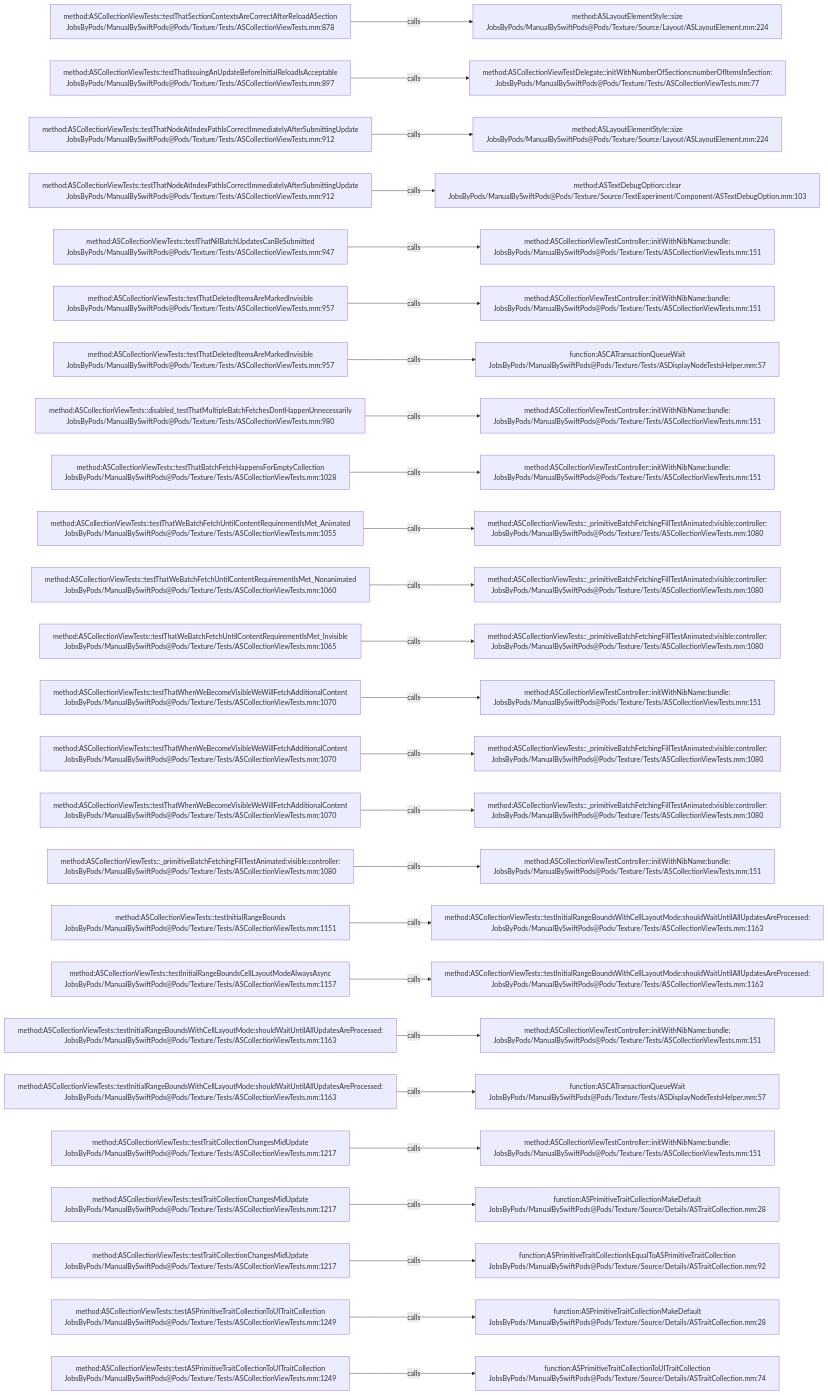
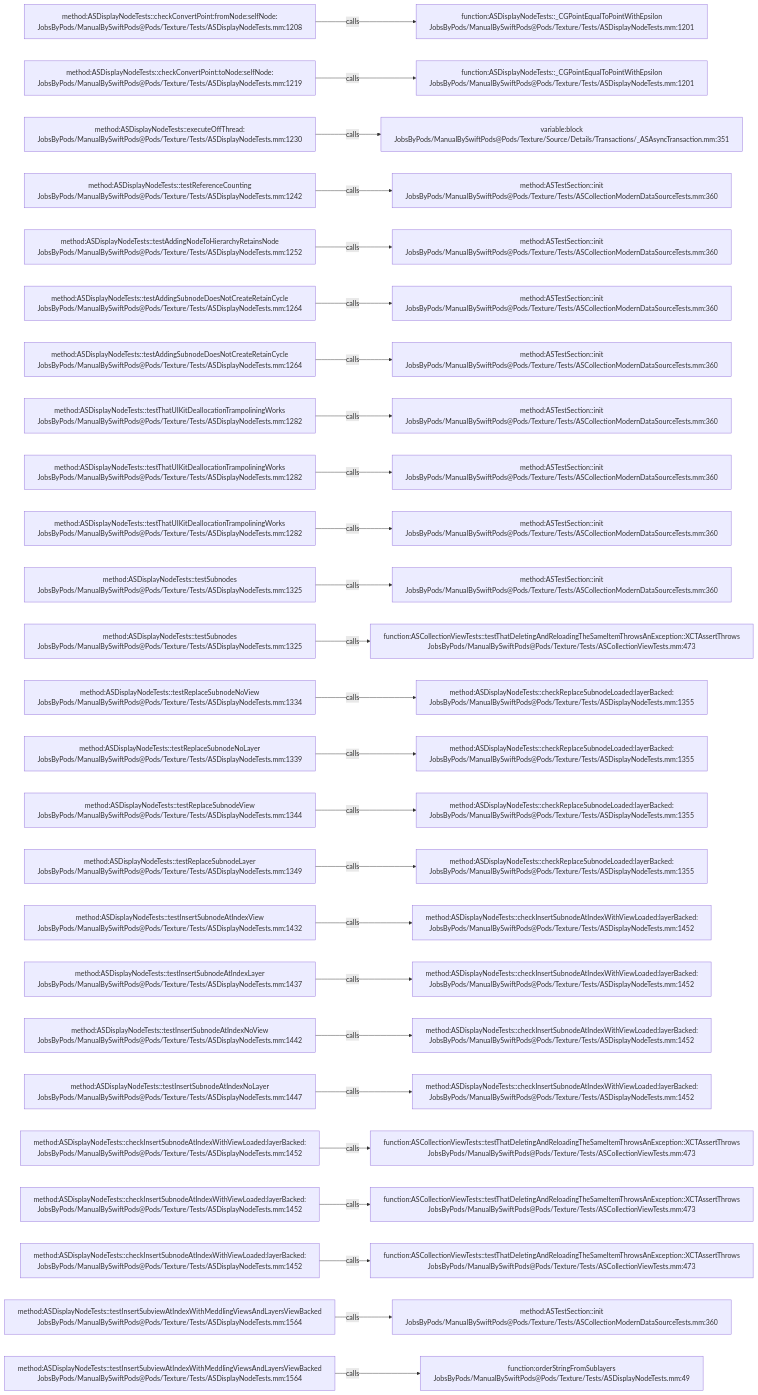
Before and after one commit to JobsKits/JobsSwiftBaseConfigDemo: the diagram in .codegraph/codegraph.md/graphs/calls-192.md, drawn with Mermaid. The commit also changed 832 other files, not shown here.

````diff
--- a/.codegraph/codegraph.md/graphs/calls-192.md
+++ b/.codegraph/codegraph.md/graphs/calls-192.md
@@ -13,78 +13,78 @@
 ```mermaid
 flowchart LR
-  S1["method:ASCollectionViewTests::testThatSectionContextsAreCorrectAfterReloadASection<br/>JobsByPods/ManualBySwiftPods@Pods/Texture/Tests/ASCollectionViewTests.mm:878"]
-  T1["method:ASLayoutElementStyle::size<br/>JobsByPods/ManualBySwiftPods@Pods/Texture/Source/Layout/ASLayoutElement.mm:224"]
+  S1["method:ASDisplayNodeTests::checkConvertPoint:fromNode:selfNode:<br/>JobsByPods/ManualBySwiftPods@Pods/Texture/Tests/ASDisplayNodeTests.mm:1208"]
+  T1["function:ASDisplayNodeTests::_CGPointEqualToPointWithEpsilon<br/>JobsByPods/ManualBySwiftPods@Pods/Texture/Tests/ASDisplayNodeTests.mm:1201"]
   S1 -->|calls| T1
-  S2["method:ASCollectionViewTests::testThatIssuingAnUpdateBeforeInitialReloadIsAcceptable<br/>JobsByPods/ManualBySwiftPods@Pods/Texture/Tests/ASCollectionViewTests.mm:897"]
-  T2["method:ASCollectionViewTestDelegate::initWithNumberOfSections:numberOfItemsInSection:<br/>JobsByPods/ManualBySwiftPods@Pods/Texture/Tests/ASCollectionViewTests.mm:77"]
+  S2["method:ASDisplayNodeTests::checkConvertPoint:toNode:selfNode:<br/>JobsByPods/ManualBySwiftPods@Pods/Texture/Tests/ASDisplayNodeTests.mm:1219"]
+  T2["function:ASDisplayNodeTests::_CGPointEqualToPointWithEpsilon<br/>JobsByPods/ManualBySwiftPods@Pods/Texture/Tests/ASDisplayNodeTests.mm:1201"]
   S2 -->|calls| T2
-  S3["method:ASCollectionViewTests::testThatNodeAtIndexPathIsCorrectImmediatelyAfterSubmittingUpdate<br/>JobsByPods/ManualBySwiftPods@Pods/Texture/Tests/ASCollectionViewTests.mm:912"]
-  T3["method:ASLayoutElementStyle::size<br/>JobsByPods/ManualBySwiftPods@Pods/Texture/Source/Layout/ASLayoutElement.mm:224"]
+  S3["method:ASDisplayNodeTests::executeOffThread:<br/>JobsByPods/ManualBySwiftPods@Pods/Texture/Tests/ASDisplayNodeTests.mm:1230"]
+  T3["variable:block<br/>JobsByPods/ManualBySwiftPods@Pods/Texture/Source/Details/Transactions/_ASAsyncTransaction.mm:351"]
   S3 -->|calls| T3
-  S4["method:ASCollectionViewTests::testThatNodeAtIndexPathIsCorrectImmediatelyAfterSubmittingUpdate<br/>JobsByPods/ManualBySwiftPods@Pods/Texture/Tests/ASCollectionViewTests.mm:912"]
-  T4["method:ASTextDebugOption::clear<br/>JobsByPods/ManualBySwiftPods@Pods/Texture/Source/TextExperiment/Component/ASTextDebugOption.mm:103"]
+  S4["method:ASDisplayNodeTests::testReferenceCounting<br/>JobsByPods/ManualBySwiftPods@Pods/Texture/Tests/ASDisplayNodeTests.mm:1242"]
+  T4["method:ASTestSection::init<br/>JobsByPods/ManualBySwiftPods@Pods/Texture/Tests/ASCollectionModernDataSourceTests.mm:360"]
   S4 -->|calls| T4
-  S5["method:ASCollectionViewTests::testThatNilBatchUpdatesCanBeSubmitted<br/>JobsByPods/ManualBySwiftPods@Pods/Texture/Tests/ASCollectionViewTests.mm:947"]
-  T5["method:ASCollectionViewTestController::initWithNibName:bundle:<br/>JobsByPods/ManualBySwiftPods@Pods/Texture/Tests/ASCollectionViewTests.mm:151"]
+  S5["method:ASDisplayNodeTests::testAddingNodeToHierarchyRetainsNode<br/>JobsByPods/ManualBySwiftPods@Pods/Texture/Tests/ASDisplayNodeTests.mm:1252"]
+  T5["method:ASTestSection::init<br/>JobsByPods/ManualBySwiftPods@Pods/Texture/Tests/ASCollectionModernDataSourceTests.mm:360"]
   S5 -->|calls| T5
-  S6["method:ASCollectionViewTests::testThatDeletedItemsAreMarkedInvisible<br/>JobsByPods/ManualBySwiftPods@Pods/Texture/Tests/ASCollectionViewTests.mm:957"]
-  T6["method:ASCollectionViewTestController::initWithNibName:bundle:<br/>JobsByPods/ManualBySwiftPods@Pods/Texture/Tests/ASCollectionViewTests.mm:151"]
+  S6["method:ASDisplayNodeTests::testAddingSubnodeDoesNotCreateRetainCycle<br/>JobsByPods/ManualBySwiftPods@Pods/Texture/Tests/ASDisplayNodeTests.mm:1264"]
+  T6["method:ASTestSection::init<br/>JobsByPods/ManualBySwiftPods@Pods/Texture/Tests/ASCollectionModernDataSourceTests.mm:360"]
   S6 -->|calls| T6
-  S7["method:ASCollectionViewTests::testThatDeletedItemsAreMarkedInvisible<br/>JobsByPods/ManualBySwiftPods@Pods/Texture/Tests/ASCollectionViewTests.mm:957"]
-  T7["function:ASCATransactionQueueWait<br/>JobsByPods/ManualBySwiftPods@Pods/Texture/Tests/ASDisplayNodeTestsHelper.mm:57"]
+  S7["method:ASDisplayNodeTests::testAddingSubnodeDoesNotCreateRetainCycle<br/>JobsByPods/ManualBySwiftPods@Pods/Texture/Tests/ASDisplayNodeTests.mm:1264"]
+  T7["method:ASTestSection::init<br/>JobsByPods/ManualBySwiftPods@Pods/Texture/Tests/ASCollectionModernDataSourceTests.mm:360"]
   S7 -->|calls| T7
-  S8["method:ASCollectionViewTests::disabled_testThatMultipleBatchFetchesDontHappenUnnecessarily<br/>JobsByPods/ManualBySwiftPods@Pods/Texture/Tests/ASCollectionViewTests.mm:980"]
-  T8["method:ASCollectionViewTestController::initWithNibName:bundle:<br/>JobsByPods/ManualBySwiftPods@Pods/Texture/Tests/ASCollectionViewTests.mm:151"]
+  S8["method:ASDisplayNodeTests::testThatUIKitDeallocationTrampoliningWorks<br/>JobsByPods/ManualBySwiftPods@Pods/Texture/Tests/ASDisplayNodeTests.mm:1282"]
+  T8["method:ASTestSection::init<br/>JobsByPods/ManualBySwiftPods@Pods/Texture/Tests/ASCollectionModernDataSourceTests.mm:360"]
   S8 -->|calls| T8
-  S9["method:ASCollectionViewTests::testThatBatchFetchHappensForEmptyCollection<br/>JobsByPods/ManualBySwiftPods@Pods/Texture/Tests/ASCollectionViewTests.mm:1028"]
-  T9["method:ASCollectionViewTestController::initWithNibName:bundle:<br/>JobsByPods/ManualBySwiftPods@Pods/Texture/Tests/ASCollectionViewTests.mm:151"]
+  S9["method:ASDisplayNodeTests::testThatUIKitDeallocationTrampoliningWorks<br/>JobsByPods/ManualBySwiftPods@Pods/Texture/Tests/ASDisplayNodeTests.mm:1282"]
+  T9["method:ASTestSection::init<br/>JobsByPods/ManualBySwiftPods@Pods/Texture/Tests/ASCollectionModernDataSourceTests.mm:360"]
   S9 -->|calls| T9
-  S10["method:ASCollectionViewTests::testThatWeBatchFetchUntilContentRequirementIsMet_Animated<br/>JobsByPods/ManualBySwiftPods@Pods/Texture/Tests/ASCollectionViewTests.mm:1055"]
-  T10["method:ASCollectionViewTests::_primitiveBatchFetchingFillTestAnimated:visible:controller:<br/>JobsByPods/ManualBySwiftPods@Pods/Texture/Tests/ASCollectionViewTests.mm:1080"]
+  S10["method:ASDisplayNodeTests::testThatUIKitDeallocationTrampoliningWorks<br/>JobsByPods/ManualBySwiftPods@Pods/Texture/Tests/ASDisplayNodeTests.mm:1282"]
+  T10["method:ASTestSection::init<br/>JobsByPods/ManualBySwiftPods@Pods/Texture/Tests/ASCollectionModernDataSourceTests.mm:360"]
   S10 -->|calls| T10
-  S11["method:ASCollectionViewTests::testThatWeBatchFetchUntilContentRequirementIsMet_Nonanimated<br/>JobsByPods/ManualBySwiftPods@Pods/Texture/Tests/ASCollectionViewTests.mm:1060"]
-  T11["method:ASCollectionViewTests::_primitiveBatchFetchingFillTestAnimated:visible:controller:<br/>JobsByPods/ManualBySwiftPods@Pods/Texture/Tests/ASCollectionViewTests.mm:1080"]
+  S11["method:ASDisplayNodeTests::testSubnodes<br/>JobsByPods/ManualBySwiftPods@Pods/Texture/Tests/ASDisplayNodeTests.mm:1325"]
+  T11["method:ASTestSection::init<br/>JobsByPods/ManualBySwiftPods@Pods/Texture/Tests/ASCollectionModernDataSourceTests.mm:360"]
   S11 -->|calls| T11
-  S12["method:ASCollectionViewTests::testThatWeBatchFetchUntilContentRequirementIsMet_Invisible<br/>JobsByPods/ManualBySwiftPods@Pods/Texture/Tests/ASCollectionViewTests.mm:1065"]
-  T12["method:ASCollectionViewTests::_primitiveBatchFetchingFillTestAnimated:visible:controller:<br/>JobsByPods/ManualBySwiftPods@Pods/Texture/Tests/ASCollectionViewTests.mm:1080"]
+  S12["method:ASDisplayNodeTests::testSubnodes<br/>JobsByPods/ManualBySwiftPods@Pods/Texture/Tests/ASDisplayNodeTests.mm:1325"]
+  T12["function:ASCollectionViewTests::testThatDeletingAndReloadingTheSameItemThrowsAnException::XCTAssertThrows<br/>JobsByPods/ManualBySwiftPods@Pods/Texture/Tests/ASCollectionViewTests.mm:473"]
   S12 -->|calls| T12
-  S13["method:ASCollectionViewTests::testThatWhenWeBecomeVisibleWeWillFetchAdditionalContent<br/>JobsByPods/ManualBySwiftPods@Pods/Texture/Tests/ASCollectionViewTests.mm:1070"]
-  T13["method:ASCollectionViewTestController::initWithNibName:bundle:<br/>JobsByPods/ManualBySwiftPods@Pods/Texture/Tests/ASCollectionViewTests.mm:151"]
+  S13["method:ASDisplayNodeTests::testReplaceSubnodeNoView<br/>JobsByPods/ManualBySwiftPods@Pods/Texture/Tests/ASDisplayNodeTests.mm:1334"]
+  T13["method:ASDisplayNodeTests::checkReplaceSubnodeLoaded:layerBacked:<br/>JobsByPods/ManualBySwiftPods@Pods/Texture/Tests/ASDisplayNodeTests.mm:1355"]
   S13 -->|calls| T13
-  S14["method:ASCollectionViewTests::testThatWhenWeBecomeVisibleWeWillFetchAdditionalContent<br/>JobsByPods/ManualBySwiftPods@Pods/Texture/Tests/ASCollectionViewTests.mm:1070"]
-  T14["method:ASCollectionViewTests::_primitiveBatchFetchingFillTestAnimated:visible:controller:<br/>JobsByPods/ManualBySwiftPods@Pods/Texture/Tests/ASCollectionViewTests.mm:1080"]
+  S14["method:ASDisplayNodeTests::testReplaceSubnodeNoLayer<br/>JobsByPods/ManualBySwiftPods@Pods/Texture/Tests/ASDisplayNodeTests.mm:1339"]
+  T14["method:ASDisplayNodeTests::checkReplaceSubnodeLoaded:layerBacked:<br/>JobsByPods/ManualBySwiftPods@Pods/Texture/Tests/ASDisplayNodeTests.mm:1355"]
   S14 -->|calls| T14
-  S15["method:ASCollectionViewTests::testThatWhenWeBecomeVisibleWeWillFetchAdditionalContent<br/>JobsByPods/ManualBySwiftPods@Pods/Texture/Tests/ASCollectionViewTests.mm:1070"]
-  T15["method:ASCollectionViewTests::_primitiveBatchFetchingFillTestAnimated:visible:controller:<br/>JobsByPods/ManualBySwiftPods@Pods/Texture/Tests/ASCollectionViewTests.mm:1080"]
+  S15["method:ASDisplayNodeTests::testReplaceSubnodeView<br/>JobsByPods/ManualBySwiftPods@Pods/Texture/Tests/ASDisplayNodeTests.mm:1344"]
+  T15["method:ASDisplayNodeTests::checkReplaceSubnodeLoaded:layerBacked:<br/>JobsByPods/ManualBySwiftPods@Pods/Texture/Tests/ASDisplayNodeTests.mm:1355"]
   S15 -->|calls| T15
-  S16["method:ASCollectionViewTests::_primitiveBatchFetchingFillTestAnimated:visible:controller:<br/>JobsByPods/ManualBySwiftPods@Pods/Texture/Tests/ASCollectionViewTests.mm:1080"]
-  T16["method:ASCollectionViewTestController::initWithNibName:bundle:<br/>JobsByPods/ManualBySwiftPods@Pods/Texture/Tests/ASCollectionViewTests.mm:151"]
+  S16["method:ASDisplayNodeTests::testReplaceSubnodeLayer<br/>JobsByPods/ManualBySwiftPods@Pods/Texture/Tests/ASDisplayNodeTests.mm:1349"]
+  T16["method:ASDisplayNodeTests::checkReplaceSubnodeLoaded:layerBacked:<br/>JobsByPods/ManualBySwiftPods@Pods/Texture/Tests/ASDisplayNodeTests.mm:1355"]
   S16 -->|calls| T16
-  S17["method:ASCollectionViewTests::testInitialRangeBounds<br/>JobsByPods/ManualBySwiftPods@Pods/Texture/Tests/ASCollectionViewTests.mm:1151"]
-  T17["method:ASCollectionViewTests::testInitialRangeBoundsWithCellLayoutMode:shouldWaitUntilAllUpdatesAreProcessed:<br/>JobsByPods/ManualBySwiftPods@Pods/Texture/Tests/ASCollectionViewTests.mm:1163"]
+  S17["method:ASDisplayNodeTests::testInsertSubnodeAtIndexView<br/>JobsByPods/ManualBySwiftPods@Pods/Texture/Tests/ASDisplayNodeTests.mm:1432"]
+  T17["method:ASDisplayNodeTests::checkInsertSubnodeAtIndexWithViewLoaded:layerBacked:<br/>JobsByPods/ManualBySwiftPods@Pods/Texture/Tests/ASDisplayNodeTests.mm:1452"]
   S17 -->|calls| T17
-  S18["method:ASCollectionViewTests::testInitialRangeBoundsCellLayoutModeAlwaysAsync<br/>JobsByPods/ManualBySwiftPods@Pods/Texture/Tests/ASCollectionViewTests.mm:1157"]
-  T18["method:ASCollectionViewTests::testInitialRangeBoundsWithCellLayoutMode:shouldWaitUntilAllUpdatesAreProcessed:<br/>JobsByPods/ManualBySwiftPods@Pods/Texture/Tests/ASCollectionViewTests.mm:1163"]
+  S18["method:ASDisplayNodeTests::testInsertSubnodeAtIndexLayer<br/>JobsByPods/ManualBySwiftPods@Pods/Texture/Tests/ASDisplayNodeTests.mm:1437"]
+  T18["method:ASDisplayNodeTests::checkInsertSubnodeAtIndexWithViewLoaded:layerBacked:<br/>JobsByPods/ManualBySwiftPods@Pods/Texture/Tests/ASDisplayNodeTests.mm:1452"]
   S18 -->|calls| T18
-  S19["method:ASCollectionViewTests::testInitialRangeBoundsWithCellLayoutMode:shouldWaitUntilAllUpdatesAreProcessed:<br/>JobsByPods/ManualBySwiftPods@Pods/Texture/Tests/ASCollectionViewTests.mm:1163"]
-  T19["method:ASCollectionViewTestController::initWithNibName:bundle:<br/>JobsByPods/ManualBySwiftPods@Pods/Texture/Tests/ASCollectionViewTests.mm:151"]
+  S19["method:ASDisplayNodeTests::testInsertSubnodeAtIndexNoView<br/>JobsByPods/ManualBySwiftPods@Pods/Texture/Tests/ASDisplayNodeTests.mm:1442"]
+  T19["method:ASDisplayNodeTests::checkInsertSubnodeAtIndexWithViewLoaded:layerBacked:<br/>JobsByPods/ManualBySwiftPods@Pods/Texture/Tests/ASDisplayNodeTests.mm:1452"]
   S19 -->|calls| T19
-  S20["method:ASCollectionViewTests::testInitialRangeBoundsWithCellLayoutMode:shouldWaitUntilAllUpdatesAreProcessed:<br/>JobsByPods/ManualBySwiftPods@Pods/Texture/Tests/ASCollectionViewTests.mm:1163"]
-  T20["function:ASCATransactionQueueWait<br/>JobsByPods/ManualBySwiftPods@Pods/Texture/Tests/ASDisplayNodeTestsHelper.mm:57"]
+  S20["method:ASDisplayNodeTests::testInsertSubnodeAtIndexNoLayer<br/>JobsByPods/ManualBySwiftPods@Pods/Texture/Tests/ASDisplayNodeTests.mm:1447"]
+  T20["method:ASDisplayNodeTests::checkInsertSubnodeAtIndexWithViewLoaded:layerBacked:<br/>JobsByPods/ManualBySwiftPods@Pods/Texture/Tests/ASDisplayNodeTests.mm:1452"]
   S20 -->|calls| T20
-  S21["method:ASCollectionViewTests::testTraitCollectionChangesMidUpdate<br/>JobsByPods/ManualBySwiftPods@Pods/Texture/Tests/ASCollectionViewTests.mm:1217"]
-  T21["method:ASCollectionViewTestController::initWithNibName:bundle:<br/>JobsByPods/ManualBySwiftPods@Pods/Texture/Tests/ASCollectionViewTests.mm:151"]
+  S21["method:ASDisplayNodeTests::checkInsertSubnodeAtIndexWithViewLoaded:layerBacked:<br/>JobsByPods/ManualBySwiftPods@Pods/Texture/Tests/ASDisplayNodeTests.mm:1452"]
+  T21["function:ASCollectionViewTests::testThatDeletingAndReloadingTheSameItemThrowsAnException::XCTAssertThrows<br/>JobsByPods/ManualBySwiftPods@Pods/Texture/Tests/ASCollectionViewTests.mm:473"]
   S21 -->|calls| T21
-  S22["method:ASCollectionViewTests::testTraitCollectionChangesMidUpdate<br/>JobsByPods/ManualBySwiftPods@Pods/Texture/Tests/ASCollectionViewTests.mm:1217"]
-  T22["function:ASPrimitiveTraitCollectionMakeDefault<br/>JobsByPods/ManualBySwiftPods@Pods/Texture/Source/Details/ASTraitCollection.mm:28"]
+  S22["method:ASDisplayNodeTests::checkInsertSubnodeAtIndexWithViewLoaded:layerBacked:<br/>JobsByPods/ManualBySwiftPods@Pods/Texture/Tests/ASDisplayNodeTests.mm:1452"]
+  T22["function:ASCollectionViewTests::testThatDeletingAndReloadingTheSameItemThrowsAnException::XCTAssertThrows<br/>JobsByPods/ManualBySwiftPods@Pods/Texture/Tests/ASCollectionViewTests.mm:473"]
   S22 -->|calls| T22
-  S23["method:ASCollectionViewTests::testTraitCollectionChangesMidUpdate<br/>JobsByPods/ManualBySwiftPods@Pods/Texture/Tests/ASCollectionViewTests.mm:1217"]
-  T23["function:ASPrimitiveTraitCollectionIsEqualToASPrimitiveTraitCollection<br/>JobsByPods/ManualBySwiftPods@Pods/Texture/Source/Details/ASTraitCollection.mm:92"]
+  S23["method:ASDisplayNodeTests::checkInsertSubnodeAtIndexWithViewLoaded:layerBacked:<br/>JobsByPods/ManualBySwiftPods@Pods/Texture/Tests/ASDisplayNodeTests.mm:1452"]
+  T23["function:ASCollectionViewTests::testThatDeletingAndReloadingTheSameItemThrowsAnException::XCTAssertThrows<br/>JobsByPods/ManualBySwiftPods@Pods/Texture/Tests/ASCollectionViewTests.mm:473"]
   S23 -->|calls| T23
-  S24["method:ASCollectionViewTests::testASPrimitiveTraitCollectionToUITraitCollection<br/>JobsByPods/ManualBySwiftPods@Pods/Texture/Tests/ASCollectionViewTests.mm:1249"]
-  T24["function:ASPrimitiveTraitCollectionMakeDefault<br/>JobsByPods/ManualBySwiftPods@Pods/Texture/Source/Details/ASTraitCollection.mm:28"]
+  S24["method:ASDisplayNodeTests::testInsertSubviewAtIndexWithMeddlingViewsAndLayersViewBacked<br/>JobsByPods/ManualBySwiftPods@Pods/Texture/Tests/ASDisplayNodeTests.mm:1564"]
+  T24["method:ASTestSection::init<br/>JobsByPods/ManualBySwiftPods@Pods/Texture/Tests/ASCollectionModernDataSourceTests.mm:360"]
   S24 -->|calls| T24
-  S25["method:ASCollectionViewTests::testASPrimitiveTraitCollectionToUITraitCollection<br/>JobsByPods/ManualBySwiftPods@Pods/Texture/Tests/ASCollectionViewTests.mm:1249"]
-  T25["function:ASPrimitiveTraitCollectionToUITraitCollection<br/>JobsByPods/ManualBySwiftPods@Pods/Texture/Source/Details/ASTraitCollection.mm:74"]
+  S25["method:ASDisplayNodeTests::testInsertSubviewAtIndexWithMeddlingViewsAndLayersViewBacked<br/>JobsByPods/ManualBySwiftPods@Pods/Texture/Tests/ASDisplayNodeTests.mm:1564"]
+  T25["function:orderStringFromSublayers<br/>JobsByPods/ManualBySwiftPods@Pods/Texture/Tests/ASDisplayNodeTests.mm:49"]
   S25 -->|calls| T25
 ```
````
